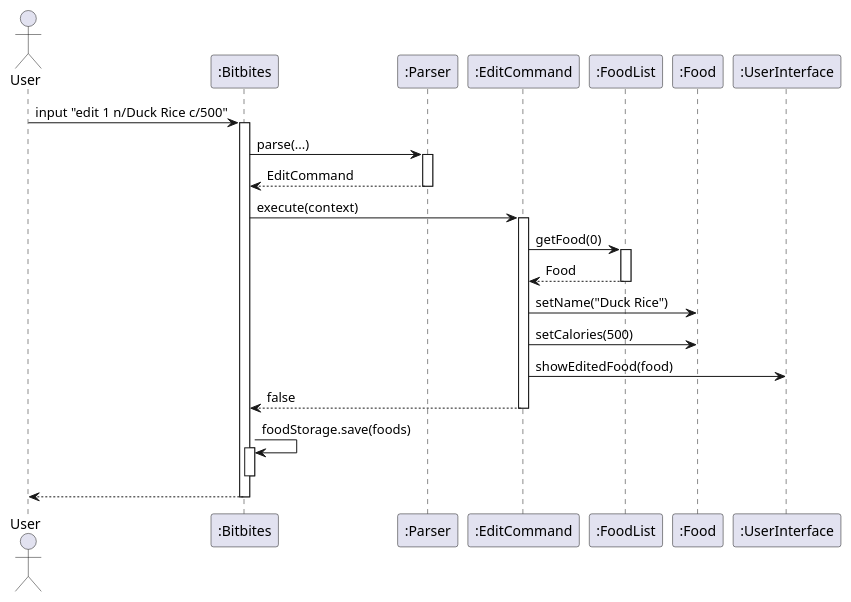
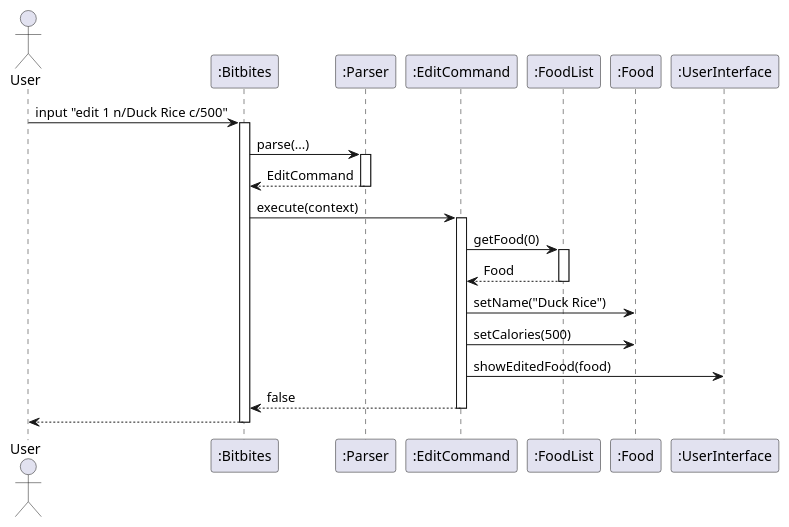
The diagram in docs/uml/edit.puml (bryanyeo3125/tp), drawn with PlantUML before and after one commit. The commit also changed 15 other files, not shown here.

Commit message:
Update UML

```diff
--- a/docs/uml/edit.puml
+++ b/docs/uml/edit.puml
@@ -1,36 +1,32 @@
 @startuml
 actor User
 participant ":Bitbites" as Bitbites
 participant ":Parser" as Parser
 participant ":EditCommand" as EditCommand
 participant ":FoodList" as FoodList
 participant ":Food" as Food
 participant ":UserInterface" as UI
 
 User -> Bitbites : input "edit 1 n/Duck Rice c/500"
 activate Bitbites
 Bitbites -> Parser : parse(...)
 activate Parser
 Parser --> Bitbites : EditCommand
 deactivate Parser
 
 Bitbites -> EditCommand : execute(context)
 activate EditCommand
 EditCommand -> FoodList : getFood(0)
 activate FoodList
 FoodList --> EditCommand : Food
 deactivate FoodList
 
 EditCommand -> Food : setName("Duck Rice")
 EditCommand -> Food : setCalories(500)
 EditCommand -> UI : showEditedFood(food)
 EditCommand --> Bitbites : false
 deactivate EditCommand
 
-Bitbites -> Bitbites : foodStorage.save(foods)
-activate Bitbites
-deactivate Bitbites
-
 Bitbites --> User
 deactivate Bitbites
 @enduml
```
